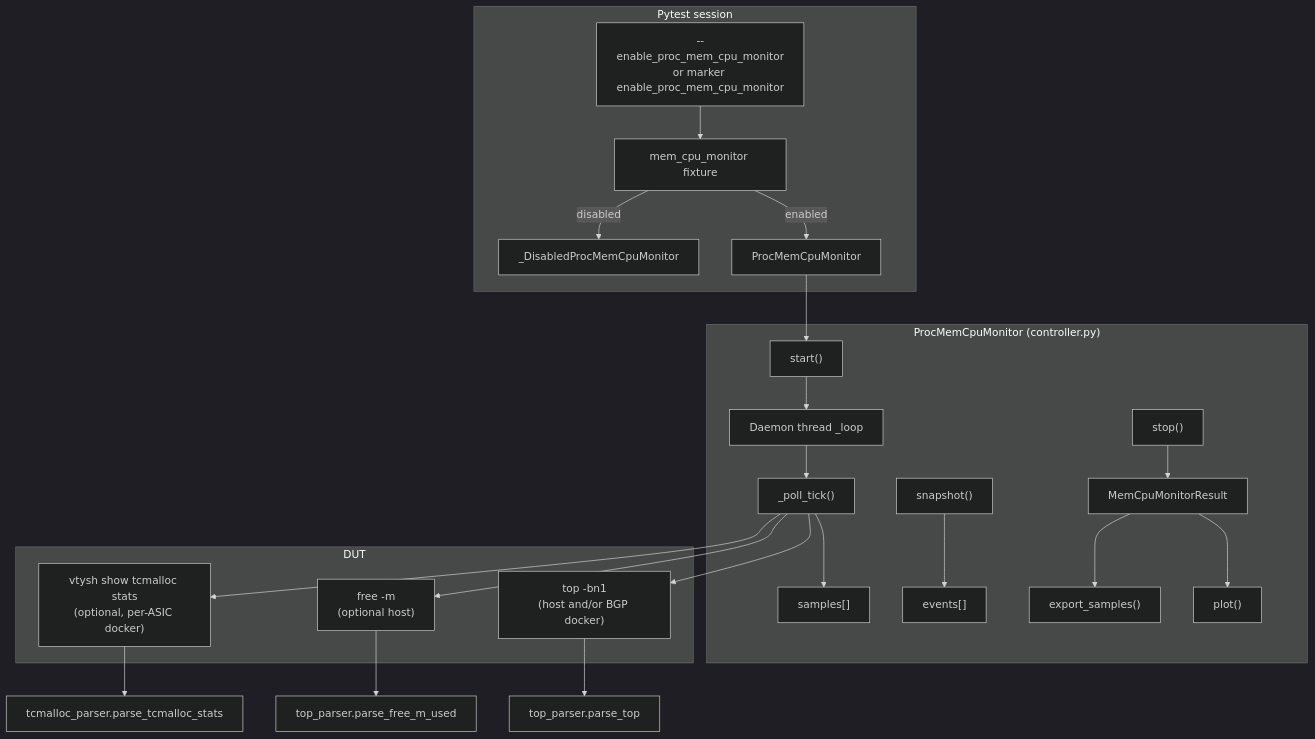
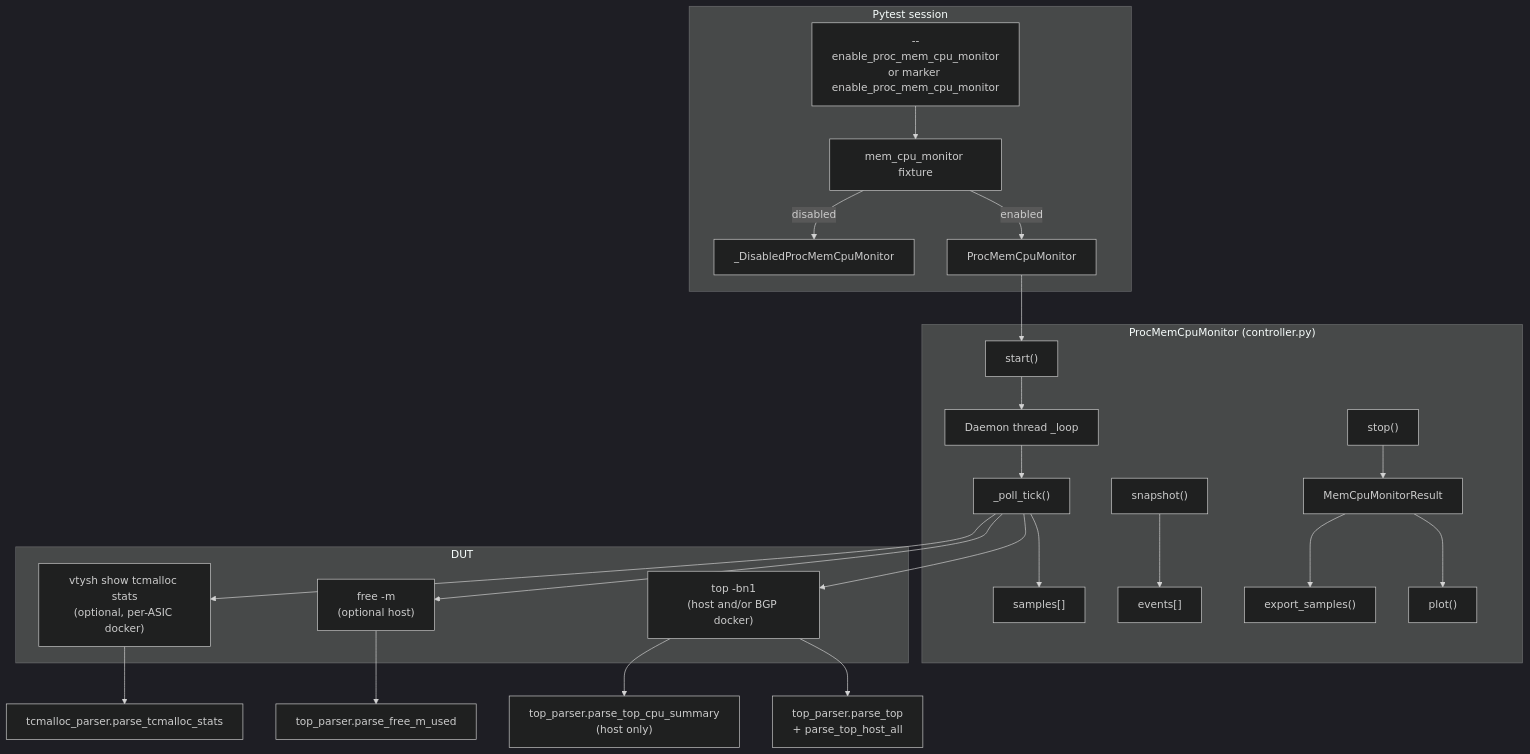
One commit to sonic-net/sonic-mgmt changed the first of 2 diagrams in tests/common/plugins/proc_mem_cpu_monitor/docs/HLD.md. Above: the diagram before and after it, drawn with Mermaid (dark theme). The commit also changed other lines of this file and 3 other files, not shown here.

````diff
--- a/tests/common/plugins/proc_mem_cpu_monitor/docs/HLD.md
+++ b/tests/common/plugins/proc_mem_cpu_monitor/docs/HLD.md
@@ -35,41 +36,42 @@
 ```mermaid
 flowchart TB
     subgraph pytest["Pytest session"]
         OPT["--enable_proc_mem_cpu_monitor\nor marker enable_proc_mem_cpu_monitor"]
         FIX["mem_cpu_monitor fixture"]
         OPT --> FIX
         FIX -->|enabled| MON["ProcMemCpuMonitor"]
         FIX -->|disabled| NOP["_DisabledProcMemCpuMonitor"]
     end
 
     subgraph controller["ProcMemCpuMonitor (controller.py)"]
         START["start()"]
         THR["Daemon thread _loop"]
         TICK["_poll_tick()"]
         SNAP["snapshot()"]
         STOP["stop()"]
         PLOT["plot()"]
         EXP["export_samples()"]
         START --> THR
         THR --> TICK
         SNAP --> EV["events[]"]
         TICK --> SM["samples[]"]
         STOP --> RES["MemCpuMonitorResult"]
         RES --> PLOT
         RES --> EXP
     end
 
     subgraph dut["DUT"]
         TOP["top -bn1\n(host and/or BGP docker)"]
         FREE["free -m\n(optional host)"]
         TCMD["vtysh show tcmalloc stats\n(optional, per-ASIC docker)"]
     end
 
     MON --> START
     TICK --> TOP
     TICK --> FREE
     TICK --> TCMD
-    TOP --> PARSE["top_parser.parse_top"]
+    TOP --> PARSE["top_parser.parse_top\n+ parse_top_host_all"]
+    TOP --> PARSECPU["top_parser.parse_top_cpu_summary\n(host only)"]
     FREE --> PARSEF["top_parser.parse_free_m_used"]
     TCMD --> PARSET["tcmalloc_parser.parse_tcmalloc_stats"]
 ```
````
